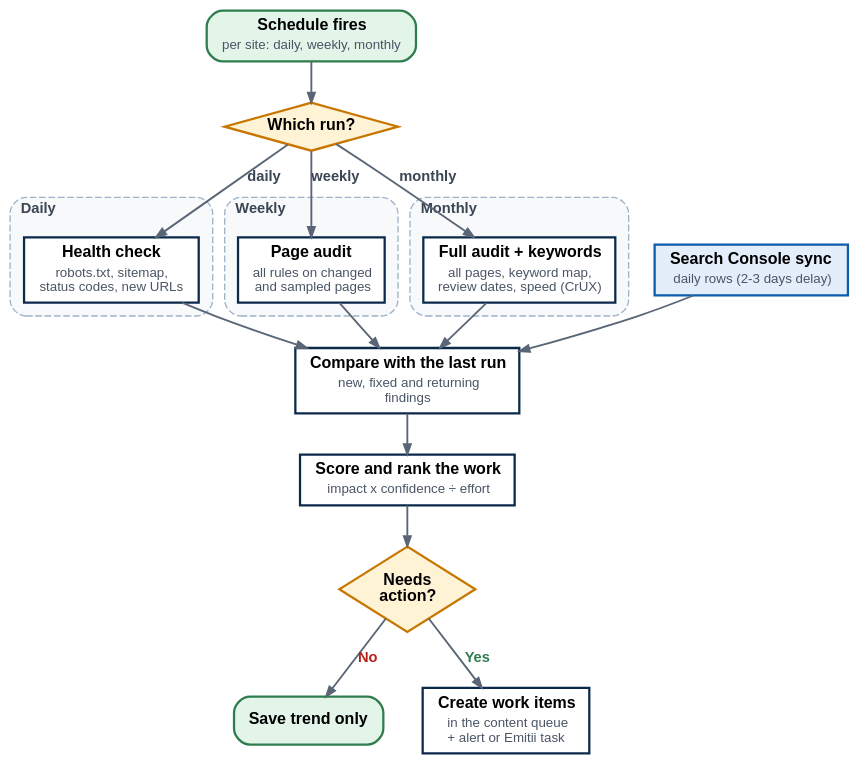
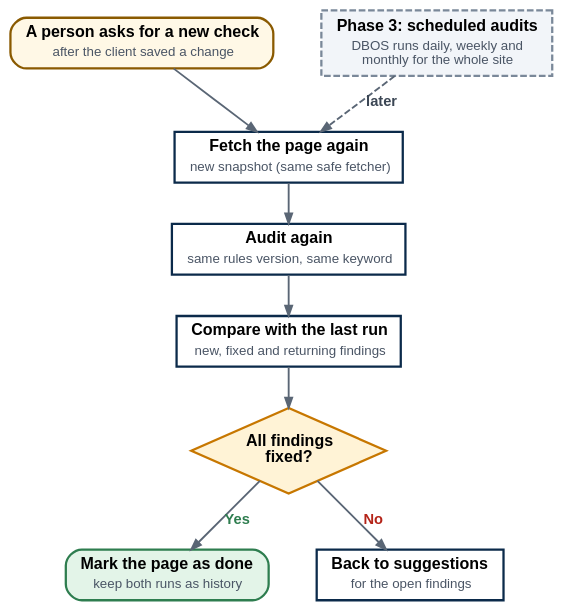
Before and after one commit to raksha-gurzu/seo-advisor: the diagram in requirements/diagrams/schedule.dot, drawn with Graphviz. The commit also changed 21 other files, not shown here.

```diff
--- a/requirements/diagrams/schedule.dot
+++ b/requirements/diagrams/schedule.dot
@@ -1,43 +1,23 @@
 digraph G {
-  graph [rankdir=TB fontname="Arial" nodesep=0.4 ranksep=0.42 splines=spline bgcolor="transparent"
+  graph [rankdir=TB fontname="Arial" nodesep=0.5 ranksep=0.4 splines=spline bgcolor="transparent"
          pad=0.15 newrank=true compound=true];
   node  [fontname="Arial" fontsize=12 margin="0.14,0.07"];
   edge  [fontname="Arial" fontsize=11 color="#5a6675" penwidth=1.4 arrowsize=0.75];
-  T [label=<<TABLE BORDER="0" CELLSPACING="0" CELLPADDING="1"><TR><TD><B>Schedule fires</B></TD></TR><TR><TD><FONT POINT-SIZE="10" COLOR="#4a5565">per site: daily, weekly, monthly</FONT></TD></TR></TABLE>> shape="box" style="rounded,filled" fillcolor="#e3f4e8" color="#2e7d4f" penwidth=1.7];
-  L [label=<<TABLE BORDER="0" CELLSPACING="0" CELLPADDING="1"><TR><TD><B>Which run?</B></TD></TR></TABLE>> shape="diamond" style="filled" fillcolor="#fff3d6" color="#c77700" margin="0.04" penwidth=1.7];
-  subgraph cluster_d {
-    label=<<B>Daily</B>> fontsize=11 fontcolor="#3b4654" labeljust=l
-    style="rounded,dashed" color="#9fb3c8" bgcolor="#f7f9fb" margin=10
-  D1 [label=<<TABLE BORDER="0" CELLSPACING="0" CELLPADDING="1"><TR><TD><B>Health check</B></TD></TR><TR><TD><FONT POINT-SIZE="10" COLOR="#4a5565">robots.txt, sitemap,<BR/>status codes, new URLs</FONT></TD></TR></TABLE>> shape="box" style="filled" fillcolor="#ffffff" color="#0b2a4a" penwidth=1.7];
-  }
-  subgraph cluster_w {
-    label=<<B>Weekly</B>> fontsize=11 fontcolor="#3b4654" labeljust=l
-    style="rounded,dashed" color="#9fb3c8" bgcolor="#f7f9fb" margin=10
-  W1 [label=<<TABLE BORDER="0" CELLSPACING="0" CELLPADDING="1"><TR><TD><B>Page audit</B></TD></TR><TR><TD><FONT POINT-SIZE="10" COLOR="#4a5565">all rules on changed<BR/>and sampled pages</FONT></TD></TR></TABLE>> shape="box" style="filled" fillcolor="#ffffff" color="#0b2a4a" penwidth=1.7];
-  }
-  subgraph cluster_m {
-    label=<<B>Monthly</B>> fontsize=11 fontcolor="#3b4654" labeljust=l
-    style="rounded,dashed" color="#9fb3c8" bgcolor="#f7f9fb" margin=10
-  M1 [label=<<TABLE BORDER="0" CELLSPACING="0" CELLPADDING="1"><TR><TD><B>Full audit + keywords</B></TD></TR><TR><TD><FONT POINT-SIZE="10" COLOR="#4a5565">all pages, keyword map,<BR/>review dates, speed (CrUX)</FONT></TD></TR></TABLE>> shape="box" style="filled" fillcolor="#ffffff" color="#0b2a4a" penwidth=1.7];
-  }
-  SC [label=<<TABLE BORDER="0" CELLSPACING="0" CELLPADDING="1"><TR><TD><B>Search Console sync</B></TD></TR><TR><TD><FONT POINT-SIZE="10" COLOR="#4a5565">daily rows (2-3 days delay)</FONT></TD></TR></TABLE>> shape="box" style="filled" fillcolor="#e4eefb" color="#0b5cad" penwidth=1.7];
-  DF [label=<<TABLE BORDER="0" CELLSPACING="0" CELLPADDING="1"><TR><TD><B>Compare with the last run</B></TD></TR><TR><TD><FONT POINT-SIZE="10" COLOR="#4a5565">new, fixed and returning<BR/>findings</FONT></TD></TR></TABLE>> shape="box" style="filled" fillcolor="#ffffff" color="#0b2a4a" penwidth=1.7];
-  P [label=<<TABLE BORDER="0" CELLSPACING="0" CELLPADDING="1"><TR><TD><B>Score and rank the work</B></TD></TR><TR><TD><FONT POINT-SIZE="10" COLOR="#4a5565">impact x confidence ÷ effort</FONT></TD></TR></TABLE>> shape="box" style="filled" fillcolor="#ffffff" color="#0b2a4a" penwidth=1.7];
-  Q [label=<<TABLE BORDER="0" CELLSPACING="0" CELLPADDING="1"><TR><TD><B>Needs</B><BR/><B>action?</B></TD></TR></TABLE>> shape="diamond" style="filled" fillcolor="#fff3d6" color="#c77700" margin="0.04" penwidth=1.7];
-  OK [label=<<TABLE BORDER="0" CELLSPACING="0" CELLPADDING="1"><TR><TD><B>Save trend only</B></TD></TR></TABLE>> shape="box" style="rounded,filled" fillcolor="#e3f4e8" color="#2e7d4f" penwidth=1.7];
-  AL [label=<<TABLE BORDER="0" CELLSPACING="0" CELLPADDING="1"><TR><TD><B>Create work items</B></TD></TR><TR><TD><FONT POINT-SIZE="10" COLOR="#4a5565">in the content queue<BR/>+ alert or Emitii task</FONT></TD></TR></TABLE>> shape="box" style="filled" fillcolor="#ffffff" color="#0b2a4a" penwidth=1.7];
-  T -> L [];
-  L -> D1 [label=<<B> daily </B>> fontcolor="#3b4654"];
-  L -> W1 [label=<<B> weekly </B>> fontcolor="#3b4654"];
-  L -> M1 [label=<<B> monthly </B>> fontcolor="#3b4654"];
-  D1 -> DF [];
-  W1 -> DF [];
-  M1 -> DF [];
-  SC -> DF [];
-  DF -> P [];
-  P -> Q [];
-  Q -> OK [label=<<B> No </B>> fontcolor="#b42318"];
-  Q -> AL [label=<<B> Yes </B>> fontcolor="#2e7d4f"];
-  { rank=same; D1; W1; M1; SC; }
-  { rank=same; OK; AL; }
+  T [label=<<TABLE BORDER="0" CELLSPACING="0" CELLPADDING="1"><TR><TD><B>A person asks for a new check</B></TD></TR><TR><TD><FONT POINT-SIZE="10" COLOR="#4a5565">after the client saved a change</FONT></TD></TR></TABLE>> shape="box" style="rounded,filled,bold" fillcolor="#fff8e6" color="#8a5a00" penwidth=1.7];
+  F [label=<<TABLE BORDER="0" CELLSPACING="0" CELLPADDING="1"><TR><TD><B>Fetch the page again</B></TD></TR><TR><TD><FONT POINT-SIZE="10" COLOR="#4a5565">new snapshot (same safe fetcher)</FONT></TD></TR></TABLE>> shape="box" style="filled" fillcolor="#ffffff" color="#0b2a4a" penwidth=1.7];
+  A [label=<<TABLE BORDER="0" CELLSPACING="0" CELLPADDING="1"><TR><TD><B>Audit again</B></TD></TR><TR><TD><FONT POINT-SIZE="10" COLOR="#4a5565">same rules version, same keyword</FONT></TD></TR></TABLE>> shape="box" style="filled" fillcolor="#ffffff" color="#0b2a4a" penwidth=1.7];
+  DF [label=<<TABLE BORDER="0" CELLSPACING="0" CELLPADDING="1"><TR><TD><B>Compare with the last run</B></TD></TR><TR><TD><FONT POINT-SIZE="10" COLOR="#4a5565">new, fixed and returning findings</FONT></TD></TR></TABLE>> shape="box" style="filled" fillcolor="#ffffff" color="#0b2a4a" penwidth=1.7];
+  Q [label=<<TABLE BORDER="0" CELLSPACING="0" CELLPADDING="1"><TR><TD><B>All findings</B><BR/><B>fixed?</B></TD></TR></TABLE>> shape="diamond" style="filled" fillcolor="#fff3d6" color="#c77700" margin="0.04" penwidth=1.7];
+  OK [label=<<TABLE BORDER="0" CELLSPACING="0" CELLPADDING="1"><TR><TD><B>Mark the page as done</B></TD></TR><TR><TD><FONT POINT-SIZE="10" COLOR="#4a5565">keep both runs as history</FONT></TD></TR></TABLE>> shape="box" style="rounded,filled" fillcolor="#e3f4e8" color="#2e7d4f" penwidth=1.7];
+  BK [label=<<TABLE BORDER="0" CELLSPACING="0" CELLPADDING="1"><TR><TD><B>Back to suggestions</B></TD></TR><TR><TD><FONT POINT-SIZE="10" COLOR="#4a5565">for the open findings</FONT></TD></TR></TABLE>> shape="box" style="filled" fillcolor="#ffffff" color="#0b2a4a" penwidth=1.7];
+  LT [label=<<TABLE BORDER="0" CELLSPACING="0" CELLPADDING="1"><TR><TD><B>Phase 3: scheduled audits</B></TD></TR><TR><TD><FONT POINT-SIZE="10" COLOR="#4a5565">DBOS runs daily, weekly and<BR/>monthly for the whole site</FONT></TD></TR></TABLE>> shape="box" style="filled,dashed" fillcolor="#f2f5f9" color="#7a8899" penwidth=1.7];
+  T -> F [];
+  F -> A [];
+  A -> DF [];
+  DF -> Q [];
+  Q -> OK [label=<<B> Yes </B>> fontcolor="#2e7d4f"];
+  Q -> BK [label=<<B> No </B>> fontcolor="#b42318"];
+  LT -> F [style="dashed" label=<<B> later </B>> fontcolor="#3b4654"];
+  { rank=same; T; LT; }
+  { rank=same; OK; BK; }
 }
```
